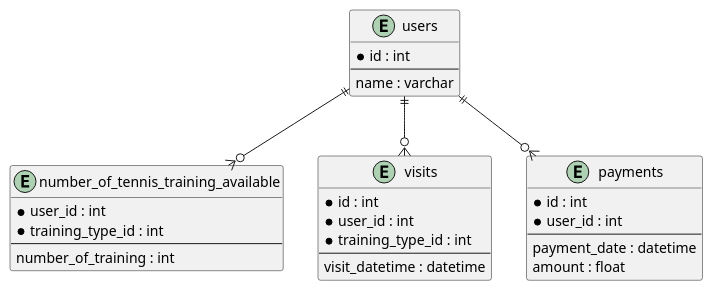
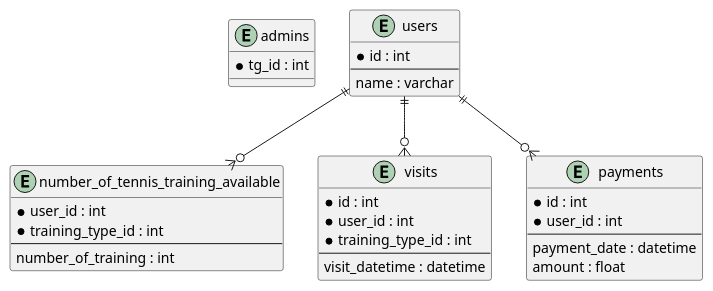
The diagram in docs/erd.puml (OverPotter/tennis_accounting_for_payments), drawn with PlantUML before and after one commit. The commit also changed 9 other files, not shown here.

```diff
--- a/docs/erd.puml
+++ b/docs/erd.puml
@@ -1,37 +1,40 @@
 @startuml
+
+entity "admins" {
+    *tg_id : int
+}
 
 entity "users" as users {
     *id : int
     --
     name : varchar
 }
-
 
 entity "number_of_tennis_training_available" as tennis_balances {
     *user_id : int
     *training_type_id : int
     --
     number_of_training : int
 }
 
 entity "visits" as visits {
     *id : int
     *user_id : int
     *training_type_id : int
     --
     visit_datetime : datetime
 }
 
 entity "payments" as payments {
     *id : int
     *user_id : int
     --
     payment_date : datetime
     amount : float
 }
 
 users ||--o{ tennis_balances
 users ||--o{ visits
 users ||--o{ payments
 
 @enduml
```
